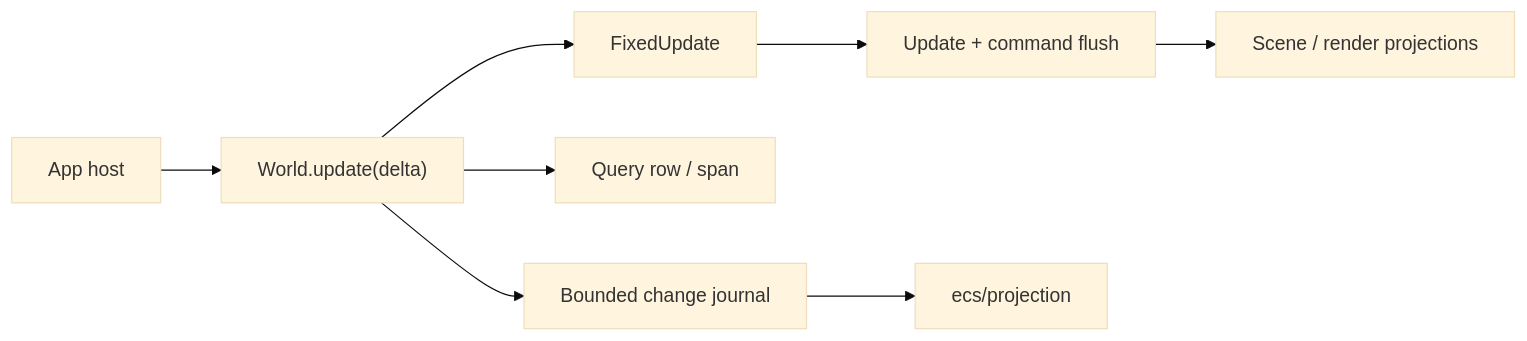
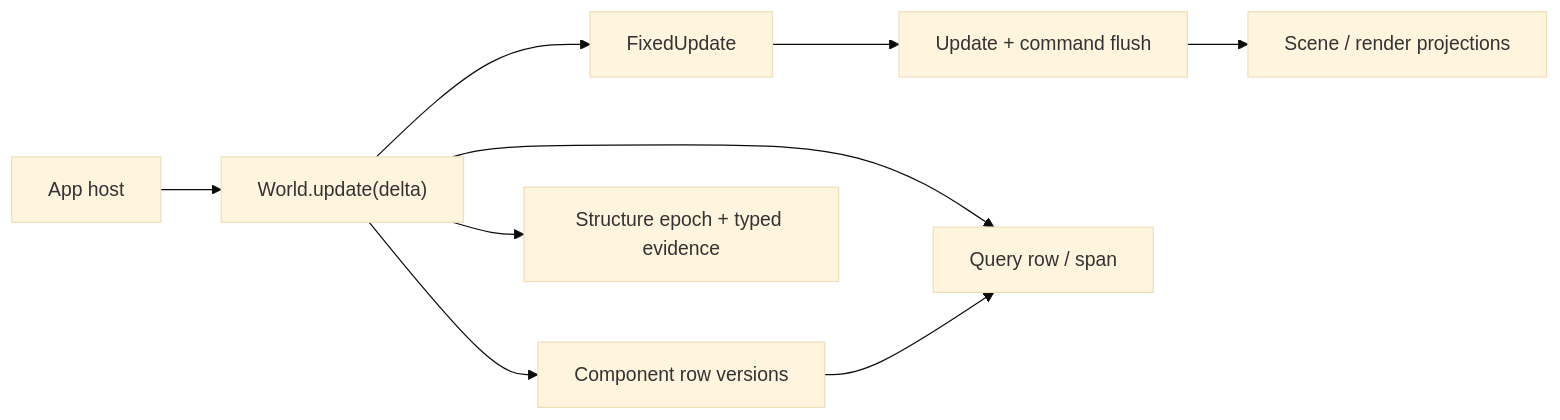
The first of 2 diagrams in packages/engine/packages/ecs/README.md (ForgeaX-Games/forgeax-editor), drawn with Mermaid (base theme) before and after one commit. The commit also changed other lines of this file and 7023 other files, not shown here.

````diff
--- a/packages/engine/packages/ecs/README.md
+++ b/packages/engine/packages/ecs/README.md
@@ -13,10 +18,11 @@
 ```mermaid
 flowchart LR
   HOST["App host"] --> WORLD["World.update(delta)"]
   WORLD --> FIXED["FixedUpdate"]
   FIXED --> UPDATE["Update + command flush"]
   UPDATE --> PUBLISH["Scene / render projections"]
   WORLD --> QUERY["Query row / span"]
-  WORLD --> JOURNAL["Bounded change journal"]
-  JOURNAL --> PROJECTION["ecs/projection"]
+  WORLD --> VERSION["Component row versions"]
+  VERSION --> QUERY
+  WORLD --> STRUCTURE["Structure epoch + typed evidence"]
 ```
````
